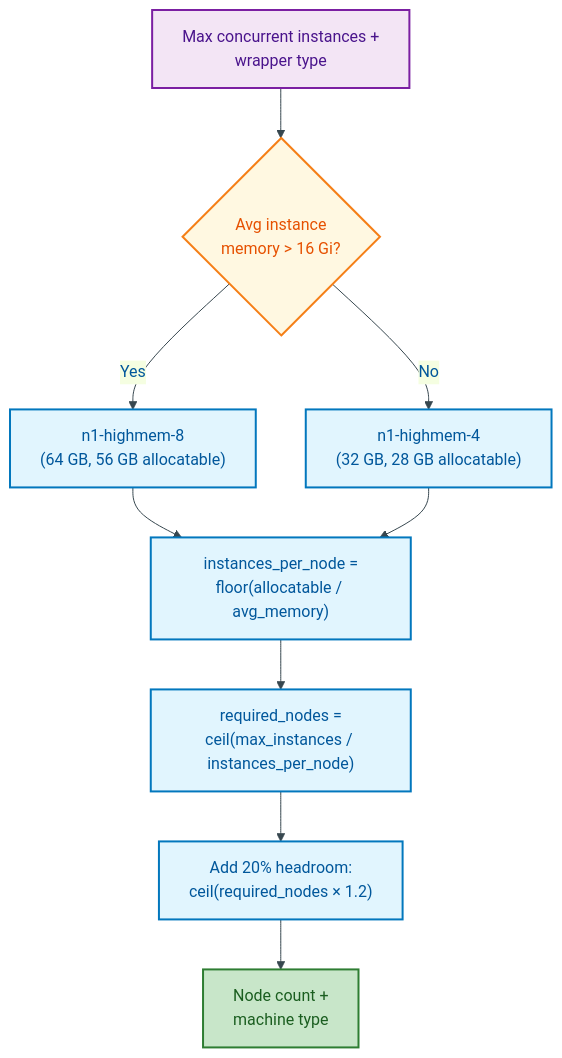
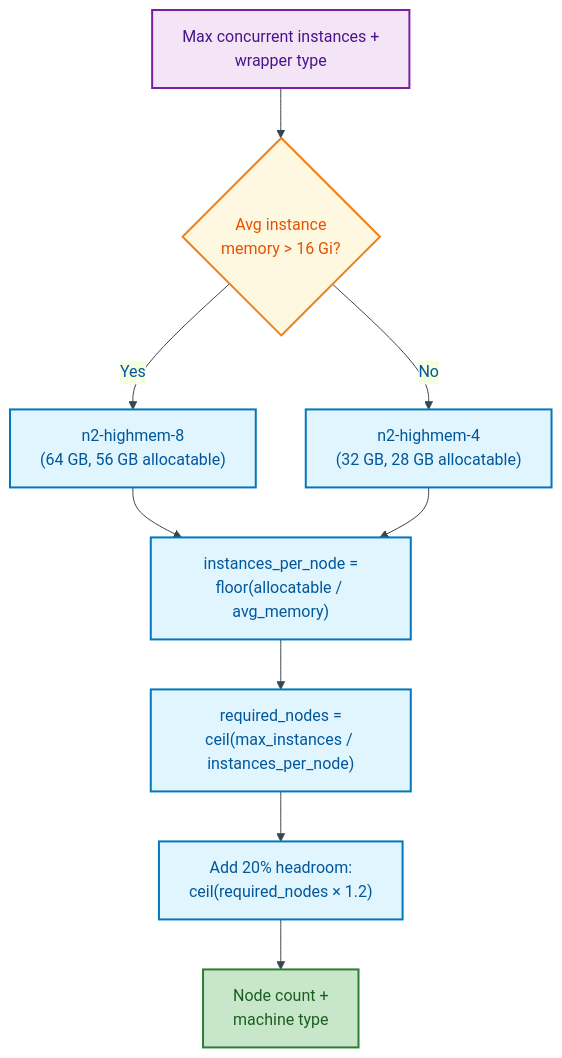
One commit to b4uharsha/newgraph changed the second of 3 diagrams in documentation/src/content/docs/operations/capacity-planning-manual.md. Above: the diagram before and after it, drawn with Mermaid. The commit also changed other lines of this file and 88 other files, not shown here.

````diff
--- a/documentation/src/content/docs/operations/capacity-planning-manual.md
+++ b/documentation/src/content/docs/operations/capacity-planning-manual.md
@@ -169,26 +173,26 @@
 ```mermaid
 %%{init: {"theme": "base", "themeVariables": {"primaryColor": "#E1F5FE", "primaryTextColor": "#01579B", "primaryBorderColor": "#0277BD", "lineColor": "#37474F"}}}%%
 flowchart TD
     accTitle: Instance Node Pool Sizing
     accDescr: Decision flowchart for computing GKE instance node pool size from business requirements
 
     classDef input fill:#F3E5F5,stroke:#7B1FA2,stroke-width:2px,color:#4A148C
     classDef decision fill:#FFF8E1,stroke:#F57F17,stroke-width:2px,color:#E65100
     classDef calc fill:#E1F5FE,stroke:#0277BD,stroke-width:2px,color:#01579B
     classDef result fill:#C8E6C9,stroke:#2E7D32,stroke-width:2px,color:#1B5E20
 
     START["Max concurrent instances +<br/>wrapper type"]:::input
 
     START --> MEM{"Avg instance<br/>memory > 16 Gi?"}:::decision
-    MEM -->|"Yes"| BIG["n1-highmem-8<br/>(64 GB, 56 GB allocatable)"]:::calc
-    MEM -->|"No"| STD["n1-highmem-4<br/>(32 GB, 28 GB allocatable)"]:::calc
+    MEM -->|"Yes"| BIG["n2-highmem-8<br/>(64 GB, 56 GB allocatable)"]:::calc
+    MEM -->|"No"| STD["n2-highmem-4<br/>(32 GB, 28 GB allocatable)"]:::calc
 
     BIG --> IPP["instances_per_node =<br/>floor(allocatable / avg_memory)"]:::calc
     STD --> IPP
 
     IPP --> NODES["required_nodes =<br/>ceil(max_instances / instances_per_node)"]:::calc
 
     NODES --> HEAD["Add 20% headroom:<br/>ceil(required_nodes × 1.2)"]:::calc
 
     HEAD --> OUTPUT["Node count +<br/>machine type"]:::result
 ```
````
